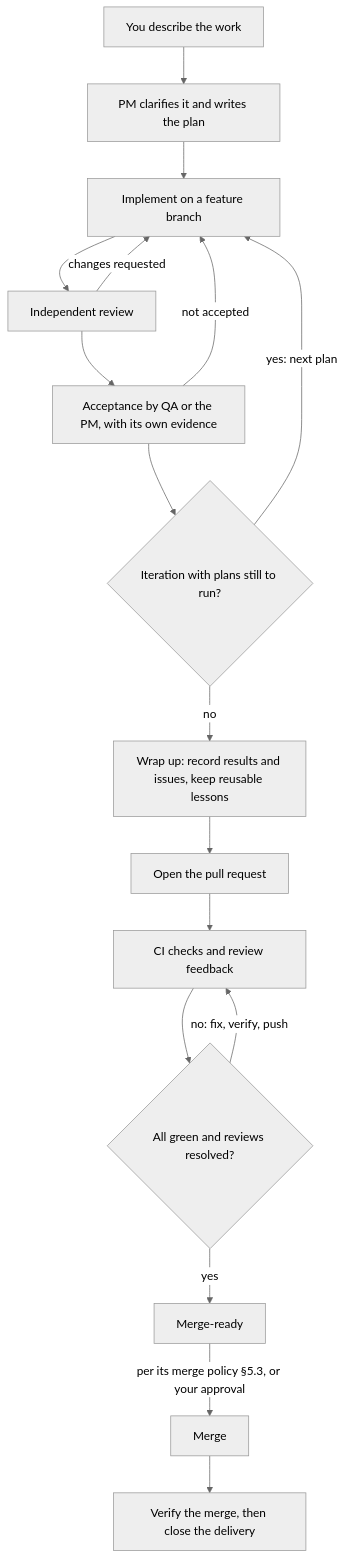
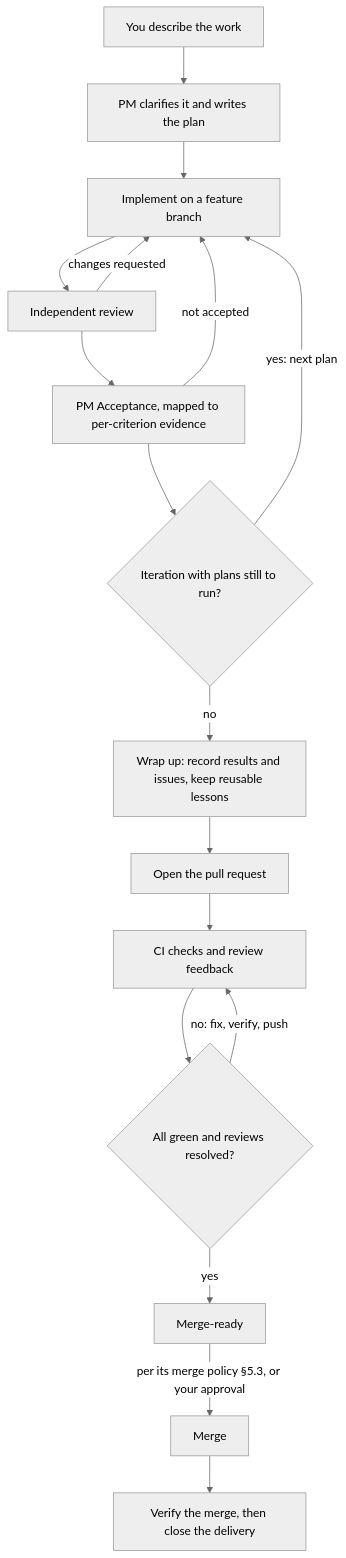
Before and after one commit to btspoony/mstar-harness: the diagram in README.md, drawn with Mermaid (neutral theme). The commit also changed other lines of this file and 72 other files, not shown here.

````diff
--- a/README.md
+++ b/README.md
@@ -101,19 +101,19 @@
 ```mermaid
 flowchart TD
     A["You describe the work"] --> B["PM clarifies it and writes the plan"]
     B --> C["Implement on a feature branch"]
     C --> D["Independent review"]
     D -->|changes requested| C
-    D --> E["Acceptance by QA or the PM, with its own evidence"]
+    D --> E["PM Acceptance, mapped to per-criterion evidence"]
     E -->|not accepted| C
     E --> F{"Iteration with plans still to run?"}
     F -->|yes: next plan| C
     F -->|no| G["Wrap up: record results and issues, keep reusable lessons"]
     G --> H["Open the pull request"]
     H --> I["CI checks and review feedback"]
     I --> J{"All green and reviews resolved?"}
     J -->|no: fix, verify, push| I
     J -->|yes| K["Merge-ready"]
     K -->|per its merge policy §5.3, or your approval| L["Merge"]
     L --> M["Verify the merge, then close the delivery"]
 ```
````
